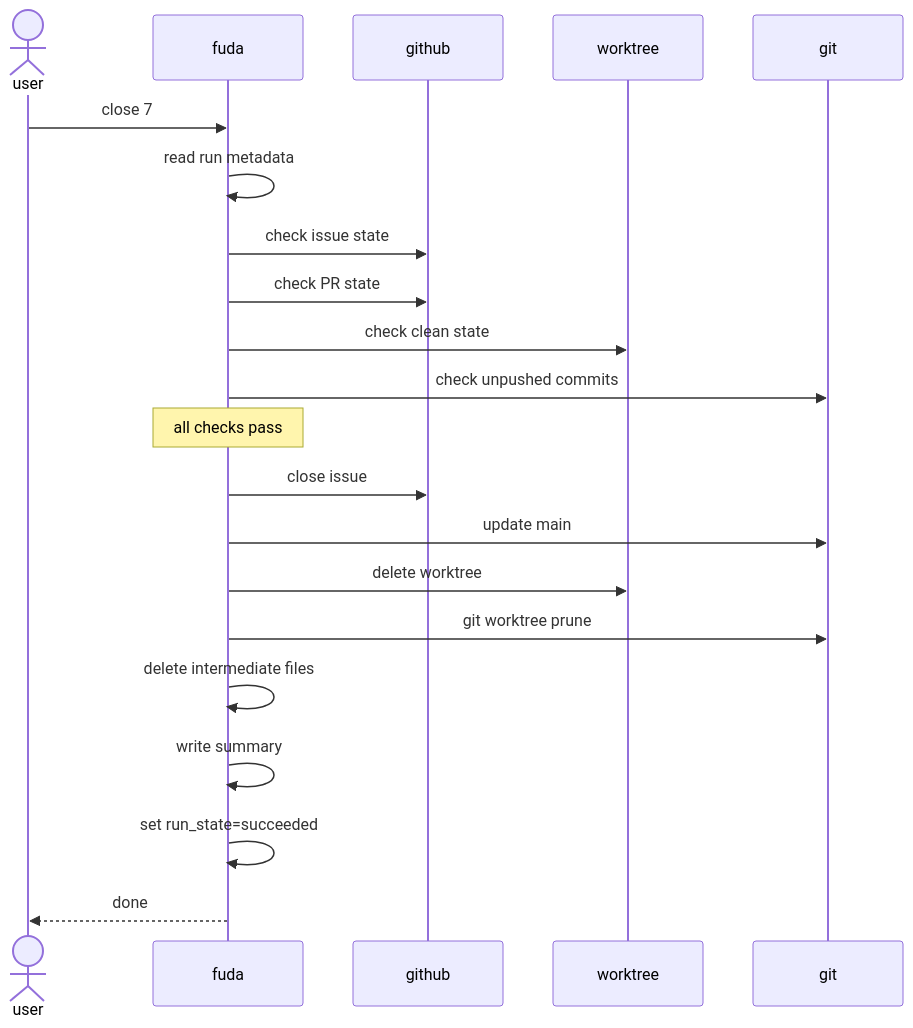
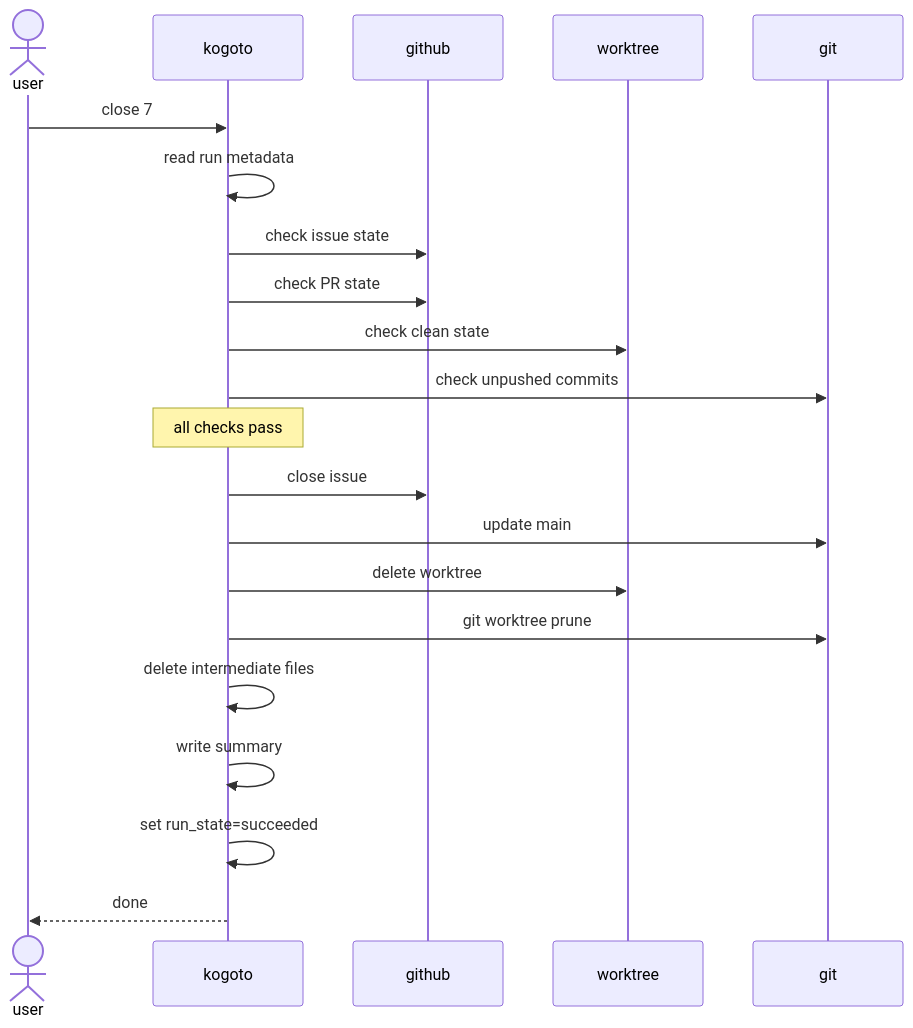
One commit to tooppoo/Fuda changed the second of 4 diagrams in docs/internal/processing-sequence.md. Above: the diagram before and after it, drawn with Mermaid. The commit also changed other lines of this file and 18 other files, not shown here.

First line of the commit message:
feat: Fuda → Kogoto rename (#44, #45, #46)

````diff
--- a/docs/internal/processing-sequence.md
+++ b/docs/internal/processing-sequence.md
@@ -159,26 +159,26 @@
 ```mermaid
 sequenceDiagram
     actor user
-    participant fuda
+    participant kogoto
     participant github
     participant worktree
     participant git
 
-    user->>fuda: close 7
-    fuda->>fuda: read run metadata
-    fuda->>github: check issue state
-    fuda->>github: check PR state
-    fuda->>worktree: check clean state
-    fuda->>git: check unpushed commits
+    user->>kogoto: close 7
+    kogoto->>kogoto: read run metadata
+    kogoto->>github: check issue state
+    kogoto->>github: check PR state
+    kogoto->>worktree: check clean state
+    kogoto->>git: check unpushed commits
 
-    note over fuda: all checks pass
+    note over kogoto: all checks pass
 
-    fuda->>github: close issue
-    fuda->>git: update main
-    fuda->>worktree: delete worktree
-    fuda->>git: git worktree prune
-    fuda->>fuda: delete intermediate files
-    fuda->>fuda: write summary
-    fuda->>fuda: set run_state=succeeded
-    fuda-->>user: done
+    kogoto->>github: close issue
+    kogoto->>git: update main
+    kogoto->>worktree: delete worktree
+    kogoto->>git: git worktree prune
+    kogoto->>kogoto: delete intermediate files
+    kogoto->>kogoto: write summary
+    kogoto->>kogoto: set run_state=succeeded
+    kogoto-->>user: done
 ```
````
